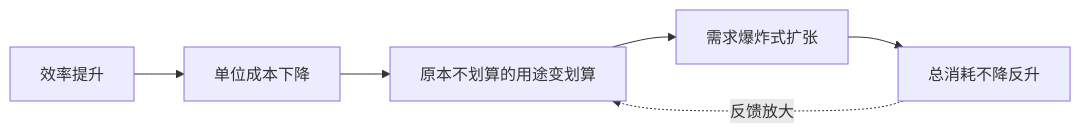
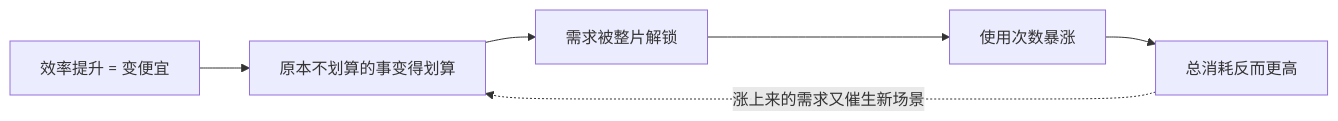
One commit to liang7878/liang7878.github.io changed the diagram in source/_posts/mental-models/resources/jevons-paradox.md. Above: the diagram before and after it, drawn with Mermaid. The commit also changed other lines of this file and 1 other file, not shown here.

```diff
--- a/source/_posts/mental-models/resources/jevons-paradox.md
+++ b/source/_posts/mental-models/resources/jevons-paradox.md
@@ -61,8 +69,8 @@
 {% mermaid %}
 graph LR
-  A[效率提升] --> B[单位成本下降]
-  B --> C[原本不划算的用途变划算]
-  C --> D[需求爆炸式扩张]
-  D --> E[总消耗不降反升]
-  E -.反馈放大.-> C
+  A[效率提升 = 变便宜] --> B[原本不划算的事变得划算]
+  B --> C[需求被整片解锁]
+  C --> D[使用次数暴涨]
+  D --> E[总消耗反而更高]
+  E -.涨上来的需求又催生新场景.-> B
 {% endmermaid %}
```
